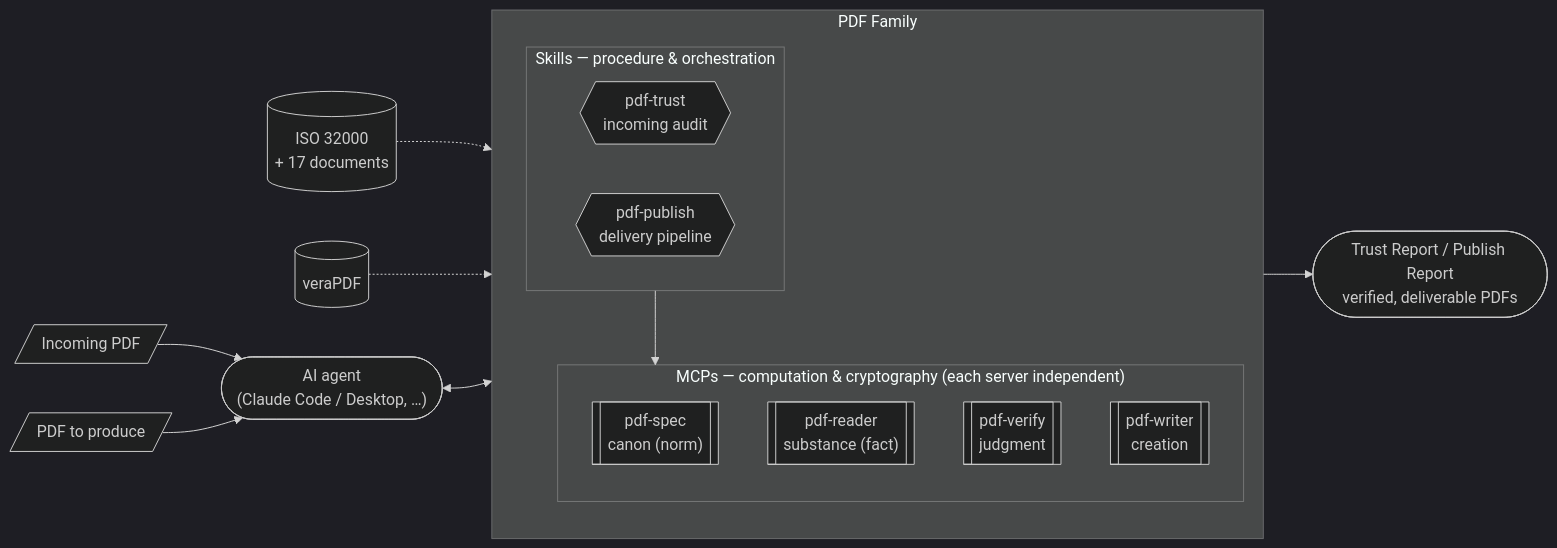
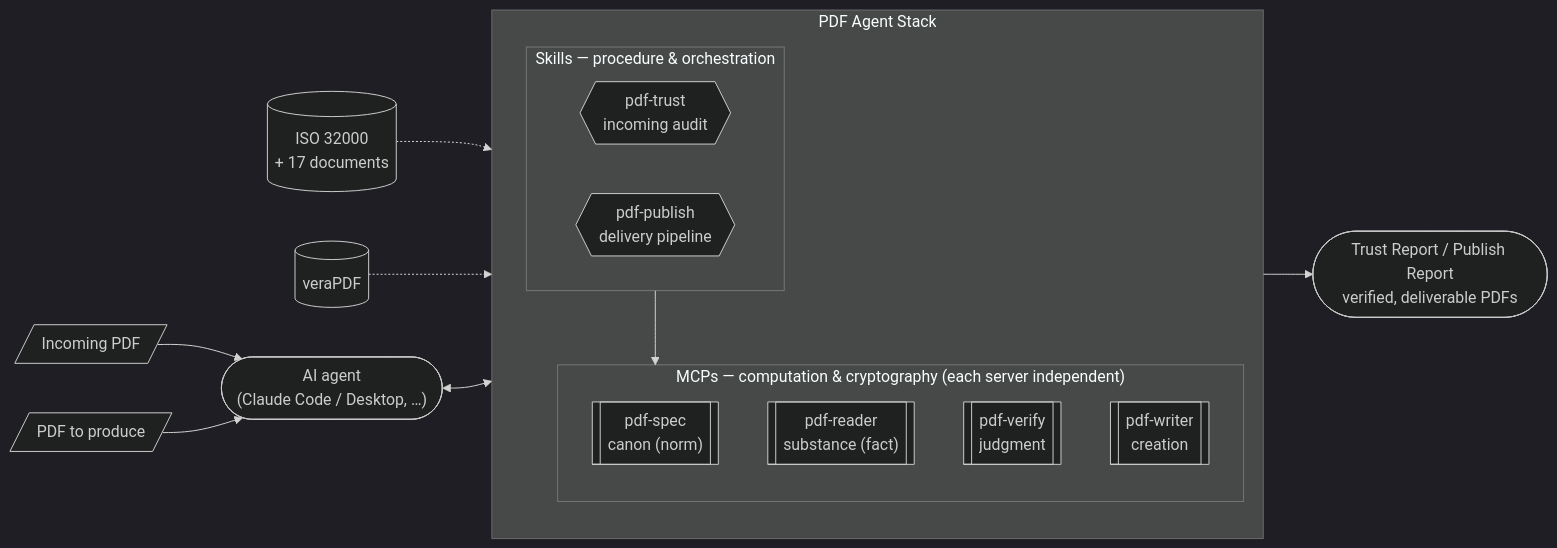
Before and after one commit to shuji-bonji/pdf-agent-stack: the first of 2 diagrams in site/docs/guide/architecture.md, drawn with Mermaid (dark theme). The commit also changed other lines of this file and 20 other files, not shown here.

Commit message:
fix: PDF Family -> PDF Agent Stack

````diff
--- a/site/docs/guide/architecture.md
+++ b/site/docs/guide/architecture.md
@@ -11,27 +11,27 @@
 ```mermaid
 graph LR
   AGENT(["AI agent<br>(Claude Code / Desktop, …)"])
 
-  subgraph FAMILY["PDF Family"]
+  subgraph FAMILY["PDF Agent Stack"]
     direction TB
     subgraph SKILL["Skills — procedure & orchestration"]
       TRUST{{"pdf-trust<br>incoming audit"}}
       PUBLISH{{"pdf-publish<br>delivery pipeline"}}
     end
     subgraph MCP["MCPs — computation & cryptography (each server independent)"]
       SPEC[["pdf-spec<br>canon (norm)"]]
       READER[["pdf-reader<br>substance (fact)"]]
       VERIFY[["pdf-verify<br>judgment"]]
       WRITER[["pdf-writer<br>creation"]]
     end
     SKILL --> MCP
   end
 
   IN[/"Incoming PDF"/] --> AGENT
   NEED[/"PDF to produce"/] --> AGENT
   AGENT <--> FAMILY
   FAMILY --> OUT(["Trust Report / Publish Report<br>verified, deliverable PDFs"])
 
   SPECDOC[("ISO 32000<br>+ 17 documents")] -.-> SPEC
   VERA[("veraPDF")] -.-> VERIFY
 ```
````
